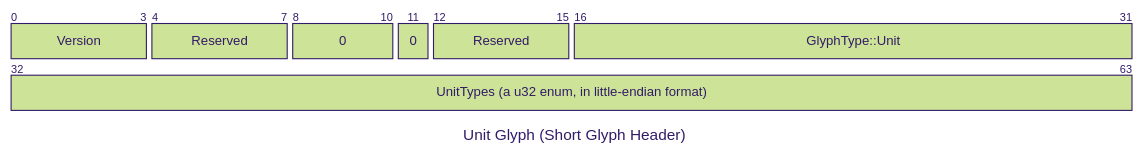
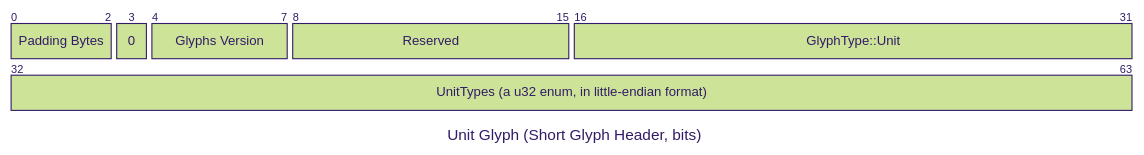
The second of 15 diagrams in src/binary_formats.md (elara-themica/glifs-contributor-guide), drawn with Mermaid (forest theme) before and after one commit. The commit also changed other lines of this file, not shown here.

````diff
--- a/src/binary_formats.md
+++ b/src/binary_formats.md
@@ -63,13 +50,12 @@
 ```mermaid
 ---
-title: "Unit Glyph (Short Glyph Header)"
+title: "Unit Glyph (Short Glyph Header, bits)"
 ---
 packet-beta
-0-3: "Version"
-4-7: "Reserved"
-8-10: "0"
-11: "0"
-12-15: "Reserved"
+0-2: "Padding Bytes"
+3: "0"
+4-7: "Glyphs Version"
+8-15: "Reserved"
 16-31: "GlyphType::Unit"
 32-63: "UnitTypes (a u32 enum, in little-endian format)"
 ```
````
